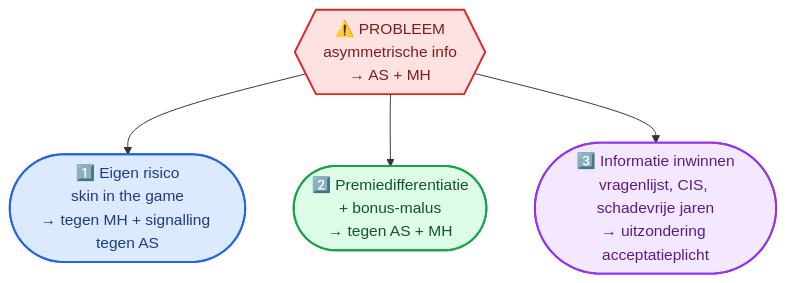
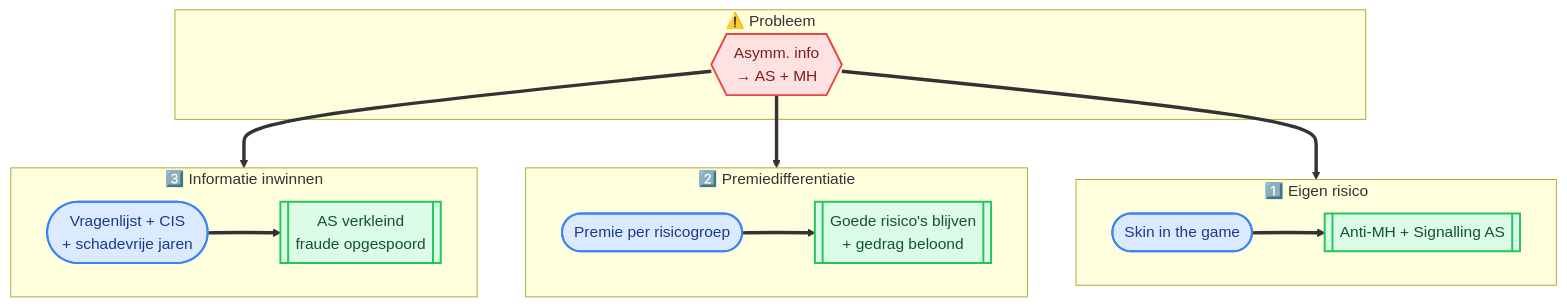
Before and after one commit to ateknol/HAVO-Economie-examen: diagram 17 of 23 in Volledige_Samenvatting_H1_H2.md, drawn with Mermaid. The commit also changed other lines of this file and 6 other files, not shown here.

````diff
--- a/Volledige_Samenvatting_H1_H2.md
+++ b/Volledige_Samenvatting_H1_H2.md
@@ -1148,21 +1185,27 @@
 ```mermaid
 flowchart TD
-    Probl{{"⚠️ PROBLEEM<br/>asymmetrische info<br/>→ AS + MH"}}
-    I1(["1️⃣ Eigen risico<br/>skin in the game<br/>→ tegen MH + signalling tegen AS"])
-    I2(["2️⃣ Premiedifferentiatie<br/>+ bonus-malus<br/>→ tegen AS + MH"])
-    I3(["3️⃣ Informatie inwinnen<br/>vragenlijst, CIS, schadevrije jaren<br/>→ uitzondering acceptatieplicht"])
-
-    Probl --> I1
-    Probl --> I2
-    Probl --> I3
-
-    classDef term fill:#fee2e2,stroke:#dc2626,stroke-width:2px,color:#7f1d1d
-    classDef cons fill:#dbeafe,stroke:#2563eb,stroke-width:2px,color:#1e3a8a
-    classDef prod fill:#dcfce7,stroke:#16a34a,stroke-width:2px,color:#14532d
-    classDef overheid fill:#f3e8ff,stroke:#9333ea,stroke-width:2px,color:#581c87
-
-    class Probl term
-    class I1 cons
-    class I2 prod
-    class I3 overheid
+    subgraph I_Probl["⚠️ Probleem"]
+        I_Ainfo{{"Asymm. info<br/>→ AS + MH"}}
+    end
+    subgraph I_1["1️⃣ Eigen risico"]
+        direction LR
+        I_ER(["Skin in the game"]) ==> I_ER2[["Anti-MH + Signalling AS"]]
+    end
+    subgraph I_2["2️⃣ Premiedifferentiatie"]
+        direction LR
+        I_PD(["Premie per risicogroep"]) ==> I_PD2[["Goede risico's blijven<br/>+ gedrag beloond"]]
+    end
+    subgraph I_3["3️⃣ Informatie inwinnen"]
+        direction LR
+        I_INF(["Vragenlijst + CIS<br/>+ schadevrije jaren"]) ==> I_INF2[["AS verkleind<br/>fraude opgespoord"]]
+    end
+    I_Ainfo ==> I_ER
+    I_Ainfo ==> I_PD
+    I_Ainfo ==> I_INF
+    classDef falen fill:#fee2e2,stroke:#ef4444,stroke-width:2px,color:#7f1d1d
+    classDef markt fill:#dbeafe,stroke:#3b82f6,stroke-width:2px,color:#1e3a8a
+    classDef succes fill:#dcfce7,stroke:#22c55e,stroke-width:2px,color:#14532d
+    class I_Ainfo falen
+    class I_ER,I_PD,I_INF markt
+    class I_ER2,I_PD2,I_INF2 succes
 ```
````
